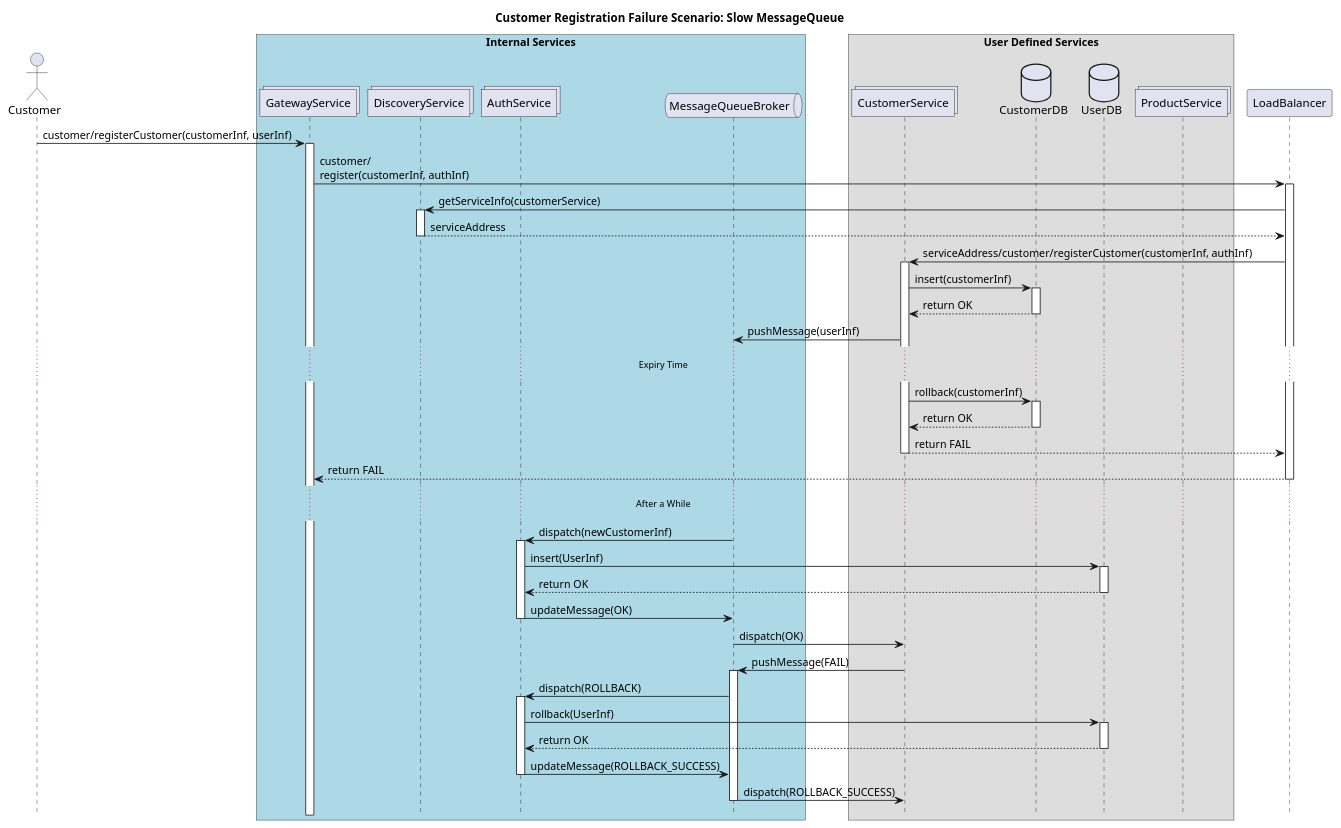
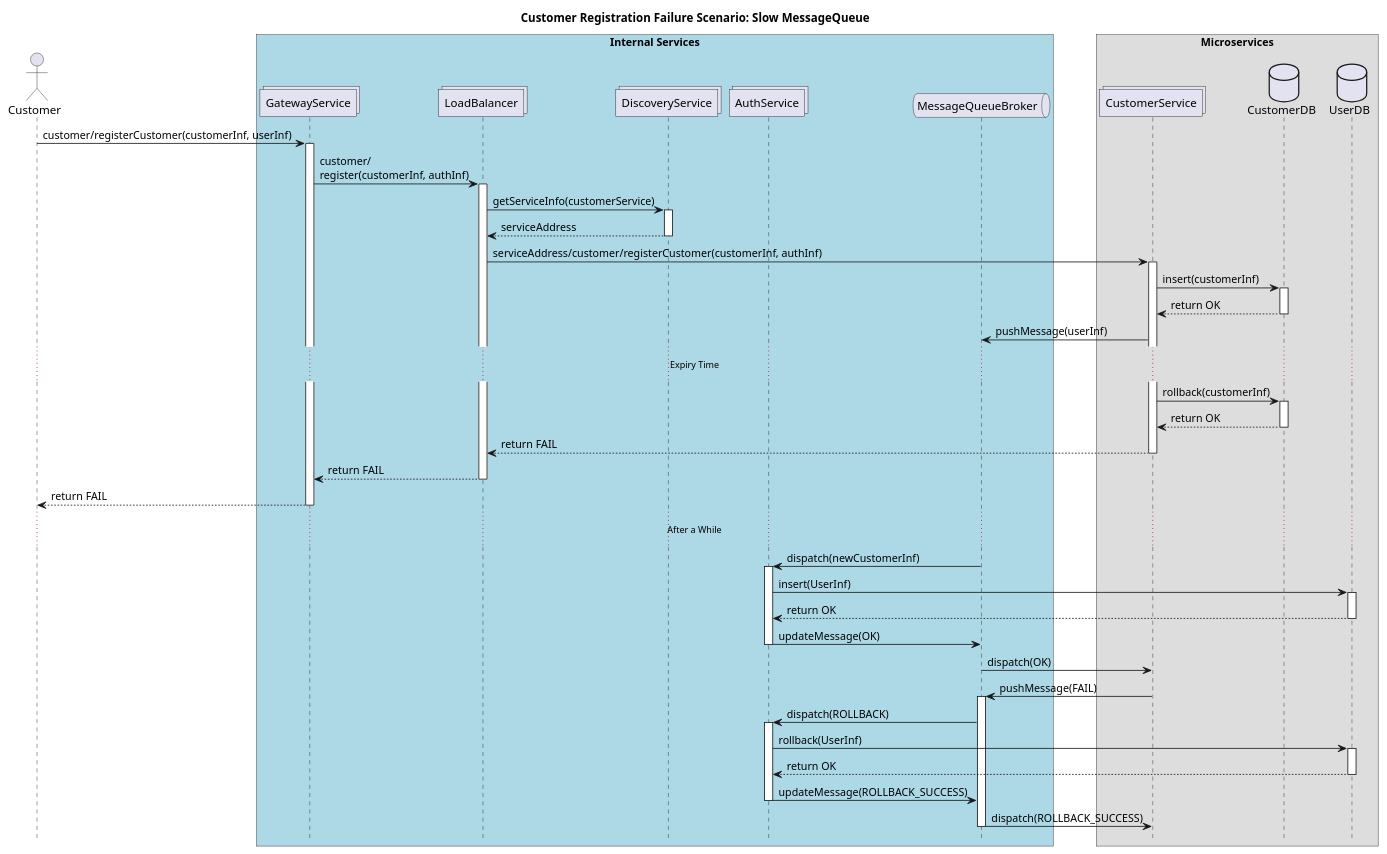
The diagram in 05 Client Registration Failure 2.wsd (naimyurek/microblockthesis), drawn with PlantUML before and after one commit. The commit also changed 5 other files, not shown here.

Commit message:
product service kaldırıldı

```diff
--- a/05 Client Registration Failure 2.wsd
+++ b/05 Client Registration Failure 2.wsd
@@ -1,51 +1,52 @@
 @startuml CustomerRegistrationFailureScenarioSlowMessageQueue
 !pragma teoz true
 
 hide footbox
 actor Customer
 
 title "Customer Registration Failure Scenario: Slow MessageQueue"
 
 box "Internal Services" #LightBlue
 collections GatewayService
+collections LoadBalancer
 collections DiscoveryService
 collections AuthService
 queue MessageQueueBroker
 end box
 
-box "User Defined Services"
+box "Microservices"
 collections CustomerService
 database CustomerDB
 database UserDB
-collections ProductService
 end box
 
 Customer -> GatewayService ++ : customer/registerCustomer(customerInf, userInf)
 GatewayService -> LoadBalancer ++ : customer/\nregister(customerInf, authInf)
 LoadBalancer -> DiscoveryService ++ : getServiceInfo(customerService)
 return serviceAddress 
 LoadBalancer -> CustomerService ++ : serviceAddress/customer/registerCustomer(customerInf, authInf)
 CustomerService -> CustomerDB ++: insert(customerInf)
 return return OK 
 CustomerService -> MessageQueueBroker : pushMessage(userInf)
 ...Expiry Time...
 CustomerService -> CustomerDB ++: rollback(customerInf)
 return return OK 
+return return FAIL 
 return return FAIL 
 return return FAIL 
 ...After a While...
 MessageQueueBroker -> AuthService ++ : dispatch(newCustomerInf)
 AuthService -> UserDB ++ : insert(UserInf)
 return return OK 
 AuthService -> MessageQueueBroker -- : updateMessage(OK)
 MessageQueueBroker -> CustomerService -- : dispatch(OK)
 CustomerService -> MessageQueueBroker ++ : pushMessage(FAIL)
 MessageQueueBroker -> AuthService ++ : dispatch(ROLLBACK)
 AuthService -> UserDB ++ : rollback(UserInf)
 return return OK 
 AuthService -> MessageQueueBroker -- : updateMessage(ROLLBACK_SUCCESS) 
 MessageQueueBroker -> CustomerService -- : dispatch(ROLLBACK_SUCCESS)
 
 
 
 @enduml
```
